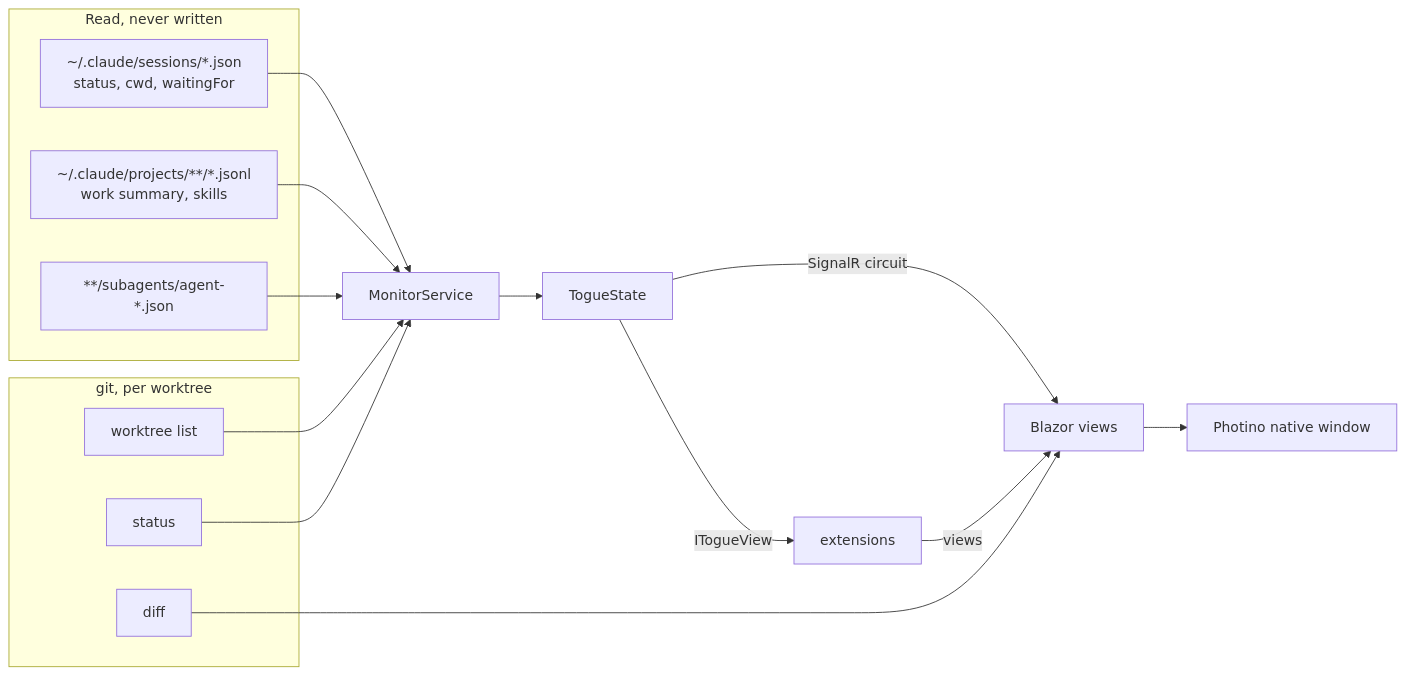
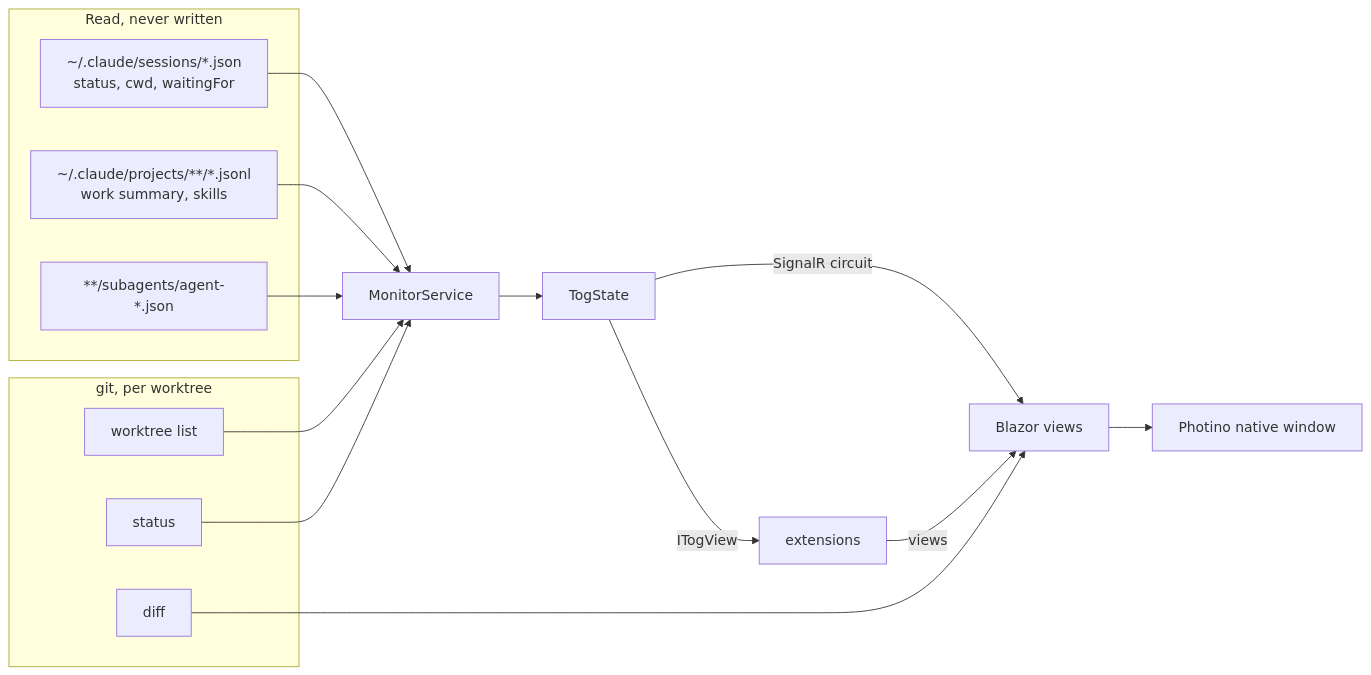
One commit to BradenTerry/Tog changed the first of 2 diagrams in CONTRIBUTING.md. Above: the diagram before and after it, drawn with Mermaid. The commit also changed other lines of this file and 483 other files, not shown here.

Commit message:
Rename Togue to Tog

````diff
--- a/CONTRIBUTING.md
+++ b/CONTRIBUTING.md
@@ -122,26 +122,26 @@
 ```mermaid
 flowchart LR
   subgraph read["Read, never written"]
     R["~/.claude/sessions/*.json<br/>status, cwd, waitingFor"]
     J["~/.claude/projects/**/*.jsonl<br/>work summary, skills"]
     SA["**/subagents/agent-*.json"]
   end
 
   subgraph git["git, per worktree"]
     W["worktree list"]
     S["status"]
     D["diff"]
   end
 
   R --> M[MonitorService]
   J --> M
   SA --> M
   W --> M
   S --> M
-  M --> ST[TogueState]
+  M --> ST[TogState]
   ST -->|SignalR circuit| UI[Blazor views]
   D --> UI
   UI --> WIN[Photino native window]
-  ST -->|ITogueView| X[extensions]
+  ST -->|ITogView| X[extensions]
   X -->|views| UI
 ```
````
